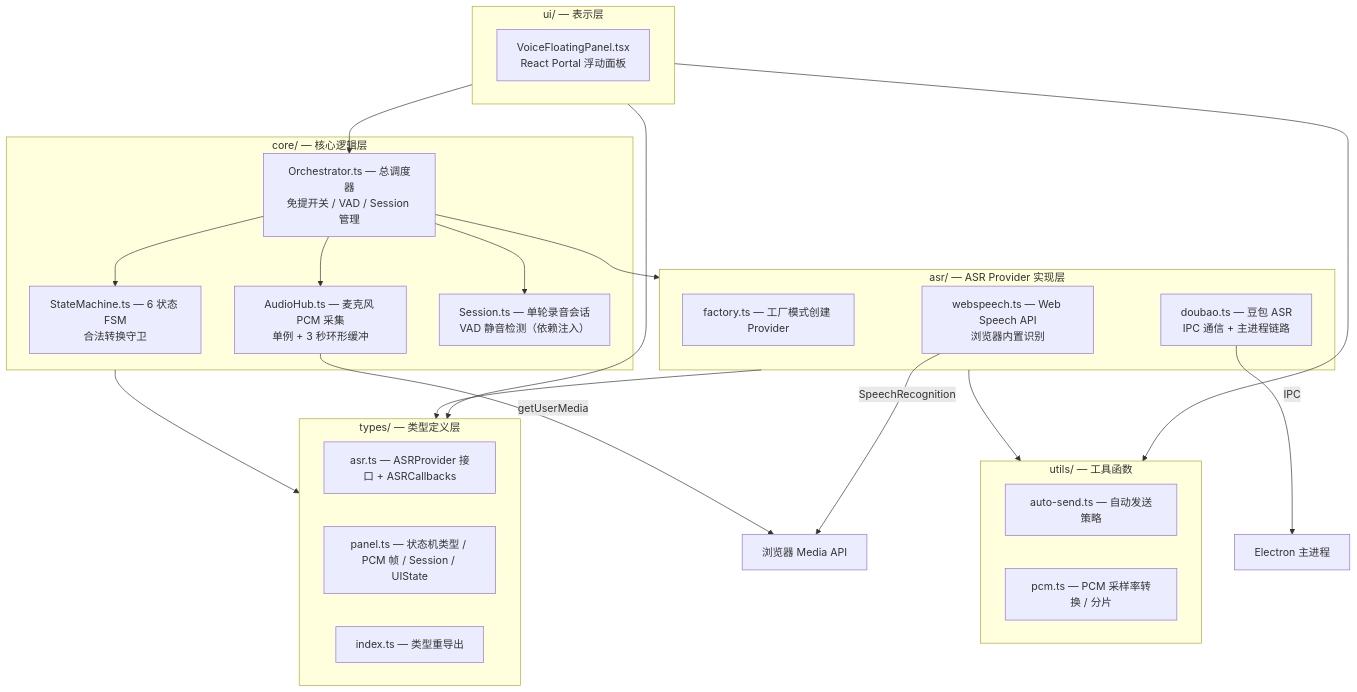
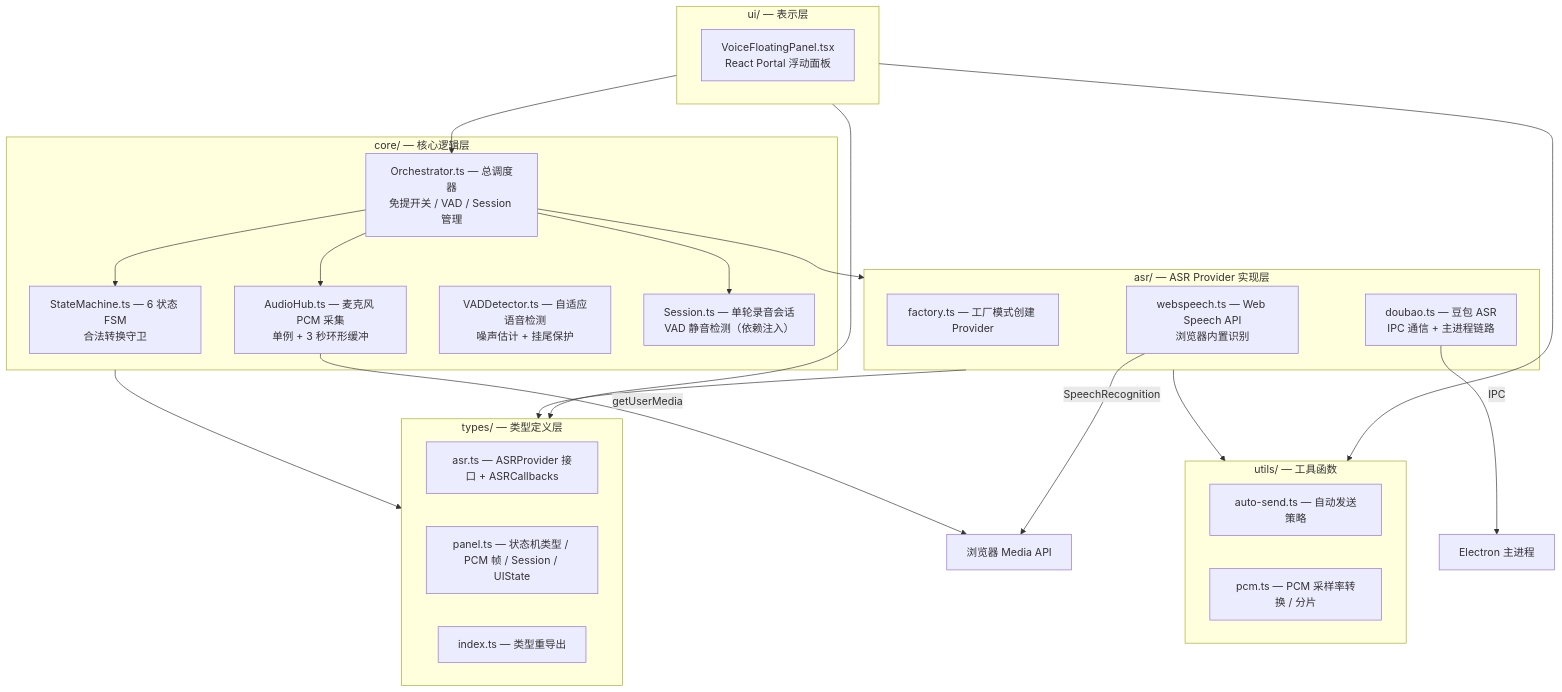
One commit to yjzaaa/porma_v1 changed the first of 5 diagrams in apps/electron/src/renderer/components/voice-dictation/CLAUDE.md. Above: the diagram before and after it, drawn with Mermaid. The commit also changed other lines of this file and 3 other files, not shown here.

````diff
--- a/apps/electron/src/renderer/components/voice-dictation/CLAUDE.md
+++ b/apps/electron/src/renderer/components/voice-dictation/CLAUDE.md
@@ -7,47 +7,48 @@
 ```mermaid
 flowchart TB
     subgraph types["types/ — 类型定义层"]
         asr_t["asr.ts — ASRProvider 接口 + ASRCallbacks"]
         panel_t["panel.ts — 状态机类型 / PCM 帧 / Session / UIState"]
         idx_t["index.ts — 类型重导出"]
     end
 
     subgraph asr["asr/ — ASR Provider 实现层"]
         factory["factory.ts — 工厂模式创建 Provider"]
         webspeech["webspeech.ts — Web Speech API<br/>浏览器内置识别"]
         doubao["doubao.ts — 豆包 ASR<br/>IPC 通信 + 主进程链路"]
     end
 
     subgraph core["core/ — 核心逻辑层"]
         sm["StateMachine.ts — 6 状态 FSM<br/>合法转换守卫"]
         hub["AudioHub.ts — 麦克风 PCM 采集<br/>单例 + 3 秒环形缓冲"]
+        vad_d["VADDetector.ts — 自适应语音检测<br/>噪声估计 + 挂尾保护"]
         session["Session.ts — 单轮录音会话<br/>VAD 静音检测（依赖注入）"]
         orch["Orchestrator.ts — 总调度器<br/>免提开关 / VAD / Session 管理"]
     end
 
     subgraph ui["ui/ — 表示层"]
         panel["VoiceFloatingPanel.tsx<br/>React Portal 浮动面板"]
     end
 
     subgraph utils["utils/ — 工具函数"]
         auto["auto-send.ts — 自动发送策略"]
         pcm["pcm.ts — PCM 采样率转换 / 分片"]
     end
 
     %% 依赖关系
     core --> types
     asr --> types
     asr --> utils
     orch --> sm
     orch --> hub
     orch --> session
     orch --> asr
     ui --> orch
     ui --> types
     ui --> utils
 
     %% 外部依赖
     hub -->|"getUserMedia"| Browser["浏览器 Media API"]
     doubao -->|"IPC"| MainProcess["Electron 主进程"]
     webspeech -->|"SpeechRecognition"| Browser
 ```
````
